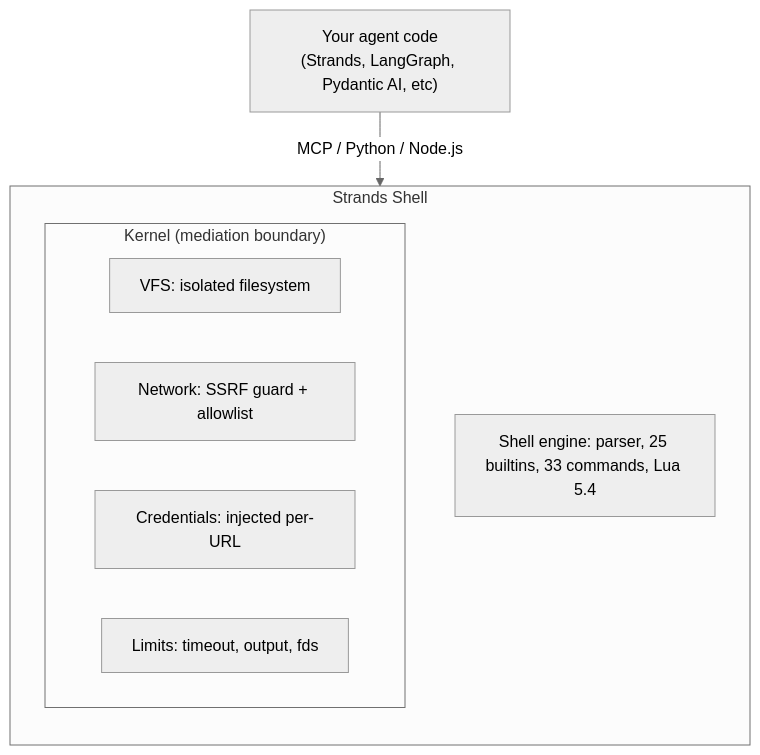
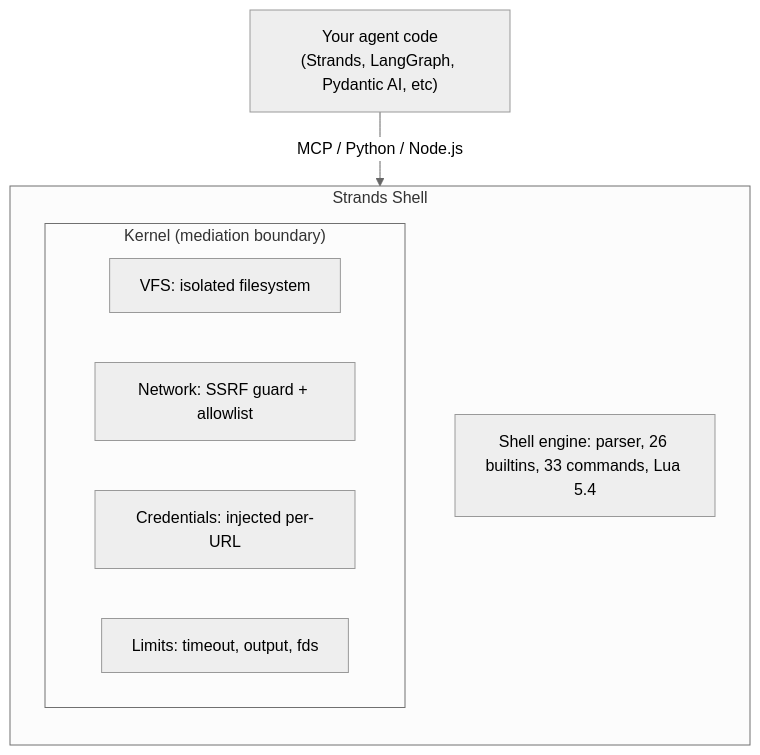
Before and after one commit to strands-agents/shell: the diagram in README.md, drawn with Mermaid (neutral theme). The commit also changed other lines of this file and 3 other files, not shown here.

````diff
--- a/README.md
+++ b/README.md
@@ -105,16 +105,16 @@
 ```mermaid
 flowchart TB
     agent["Your agent code\n(Strands, LangGraph, Pydantic AI, etc)"]
     agent -->|"MCP / Python / Node.js"| shell
 
     subgraph shell ["Strands Shell"]
         direction TB
         subgraph kernel ["Kernel (mediation boundary)"]
             vfs["VFS: isolated filesystem"]
             net["Network: SSRF guard + allowlist"]
             creds["Credentials: injected per-URL"]
             limits["Limits: timeout, output, fds"]
         end
-        engine["Shell engine: parser, 25 builtins, 33 commands, Lua 5.4"]
+        engine["Shell engine: parser, 26 builtins, 33 commands, Lua 5.4"]
     end
 ```
````
